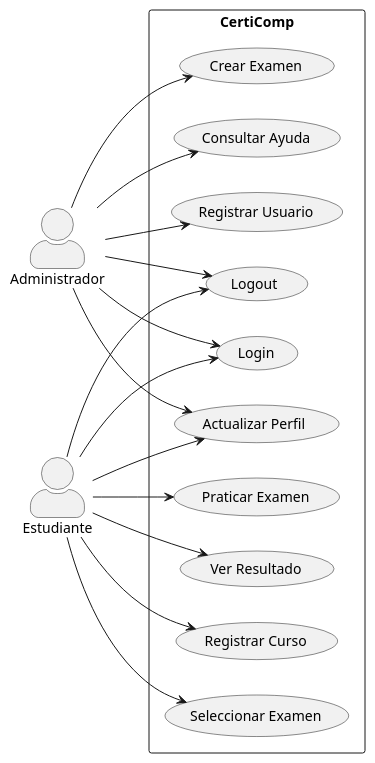
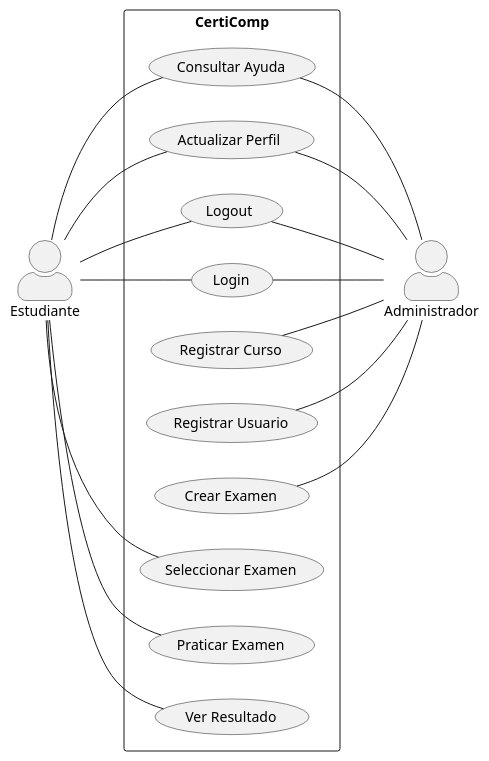
One commit to febres35/EdTech_IS changed the diagram in docs/scenariosView/diagramaCasoDeUso.plantuml. Above: the diagram before and after it, drawn with PlantUML. The commit also changed 2 other files, not shown here.

Commit message:
Modificacion del diagrama de casos de uso

```diff
--- a/docs/scenariosView/diagramaCasoDeUso.plantuml
+++ b/docs/scenariosView/diagramaCasoDeUso.plantuml
@@ -1,38 +1,43 @@
 @startuml
+
 left to right direction
-
 skinparam actorStyle awesome
 
+
 rectangle CertiComp {
-  usecase " Login" as UC1
+
+  usecase " Login" as UC1 
   usecase " Registrar Usuario" as UC2
   usecase " Registrar Curso" as UC3
   usecase " Seleccionar Examen" as UC4
   usecase " Praticar Examen" as UC5
   usecase " Ver Resultado" as UC6
   usecase " Crear Examen" as UC7
   usecase " Consultar Ayuda" as UC8
   usecase " Logout " as UC9
   usecase " Actualizar Perfil " as UC10
+  
+} 
+
+Administrador -up- UC7
+Administrador -up- UC2
+Administrador -up- UC3
+Estudiante-- UC4
+Estudiante-- UC5
+Estudiante-- UC6
+
+Administrador -up- UC1
+Estudiante -- UC1
+
+Administrador -up- UC9
+Estudiante-- UC9
 
 
-}
- Administrador--> UC7
-Administrador --> UC2
- Administrador--> UC1
- Estudiante--> UC1
- 
- Estudiante--> UC3
- Estudiante--> UC4
- Estudiante--> UC5
- Estudiante--> UC6
- Administrador--> UC8
- Administrador--> UC9
- Estudiante--> UC9
-Estudiante--> UC10
-Administrador--> UC10
- 
- 
- 
+Administrador -up-  UC10
+Estudiante -- UC10
+
+Administrador -up- UC8
+Estudiante -- UC8
+
 
 @enduml
```
